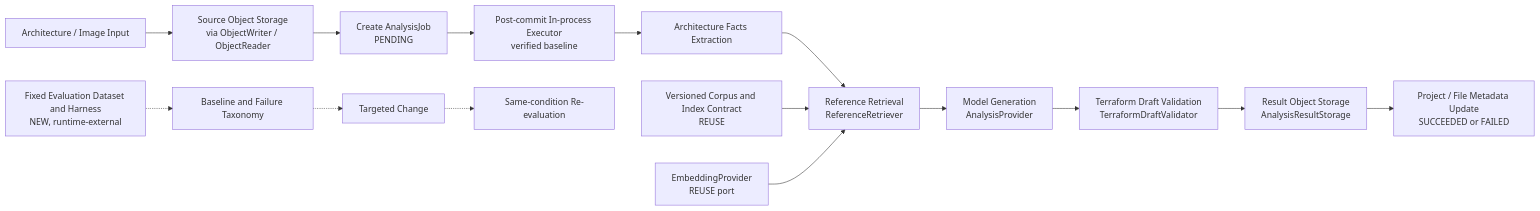
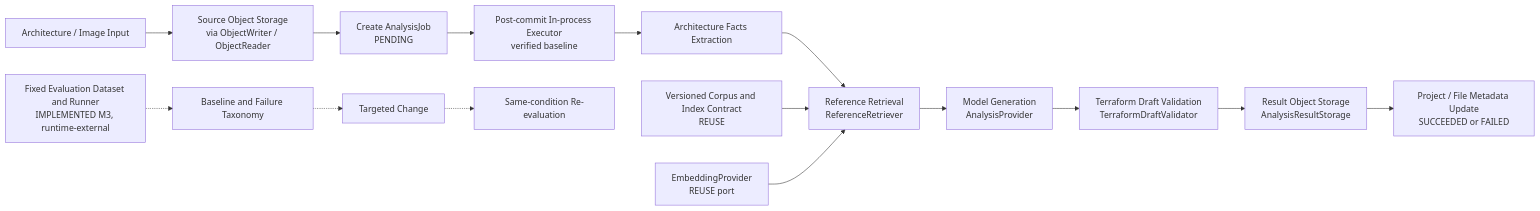
Before and after one commit to siamese-lang/terraformers-platform: the second of 2 diagrams in docs/architecture/target-architecture.md, drawn with Mermaid. The commit also changed other lines of this file, not shown here.

Commit message:
docs: align target architecture with completed M3 foundation

````diff
--- a/docs/architecture/target-architecture.md
+++ b/docs/architecture/target-architecture.md
@@ -125,27 +125,27 @@
 ```mermaid
 flowchart LR
     Input[Architecture / Image Input]
     Source[Source Object Storage<br/>via ObjectWriter / ObjectReader]
     Create[Create AnalysisJob<br/>PENDING]
     Async[Post-commit In-process Executor<br/>verified baseline]
     Facts[Architecture Facts Extraction]
     Retrieve[Reference Retrieval<br/>ReferenceRetriever]
     Generate[Model Generation<br/>AnalysisProvider]
     Validate[Terraform Draft Validation<br/>TerraformDraftValidator]
     Result[Result Object Storage<br/>AnalysisResultStorage]
     Metadata[Project / File Metadata Update<br/>SUCCEEDED or FAILED]
 
     Input --> Source --> Create --> Async --> Facts --> Retrieve --> Generate --> Validate
     Validate --> Result --> Metadata
 
     Corpus[Versioned Corpus and Index Contract<br/>REUSE]
     Embed[EmbeddingProvider<br/>REUSE port]
     Corpus --> Retrieve
     Embed --> Retrieve
 
-    Evaluation[Fixed Evaluation Dataset and Harness<br/>NEW, runtime-external]
+    Evaluation[Fixed Evaluation Dataset and Runner<br/>IMPLEMENTED M3, runtime-external]
     Baseline[Baseline and Failure Taxonomy]
     Change[Targeted Change]
     Reevaluate[Same-condition Re-evaluation]
     Evaluation -.-> Baseline -.-> Change -.-> Reevaluate
 ```
````
